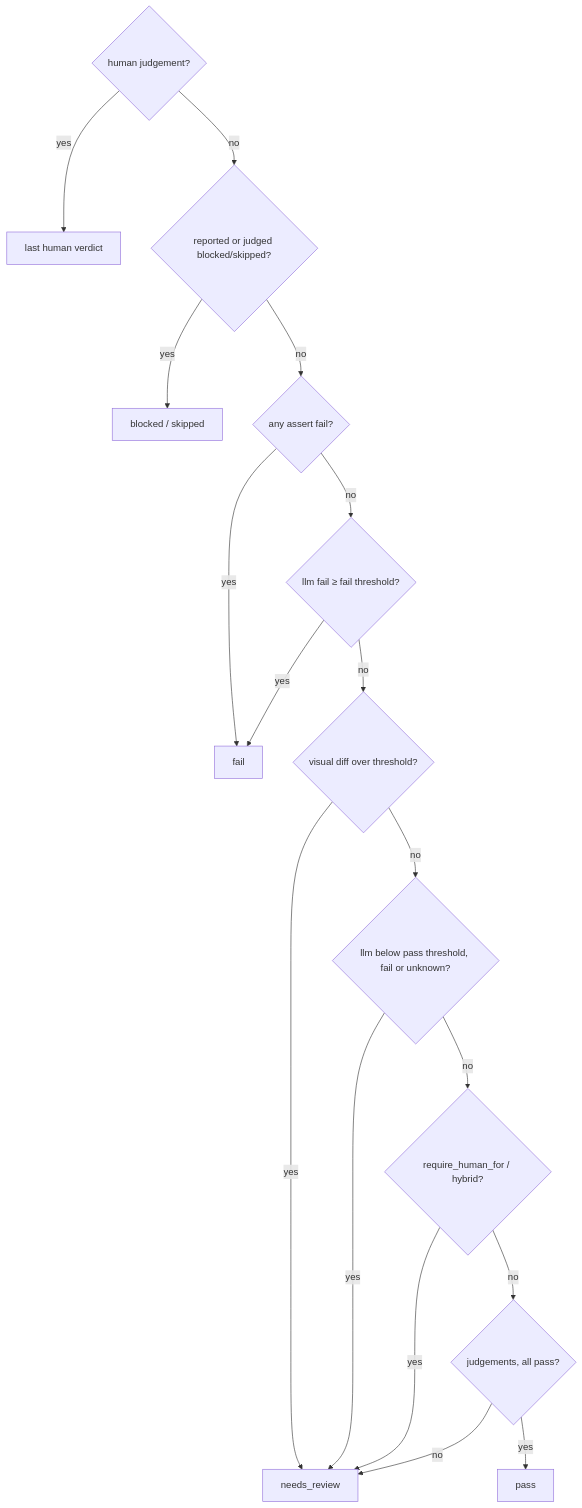
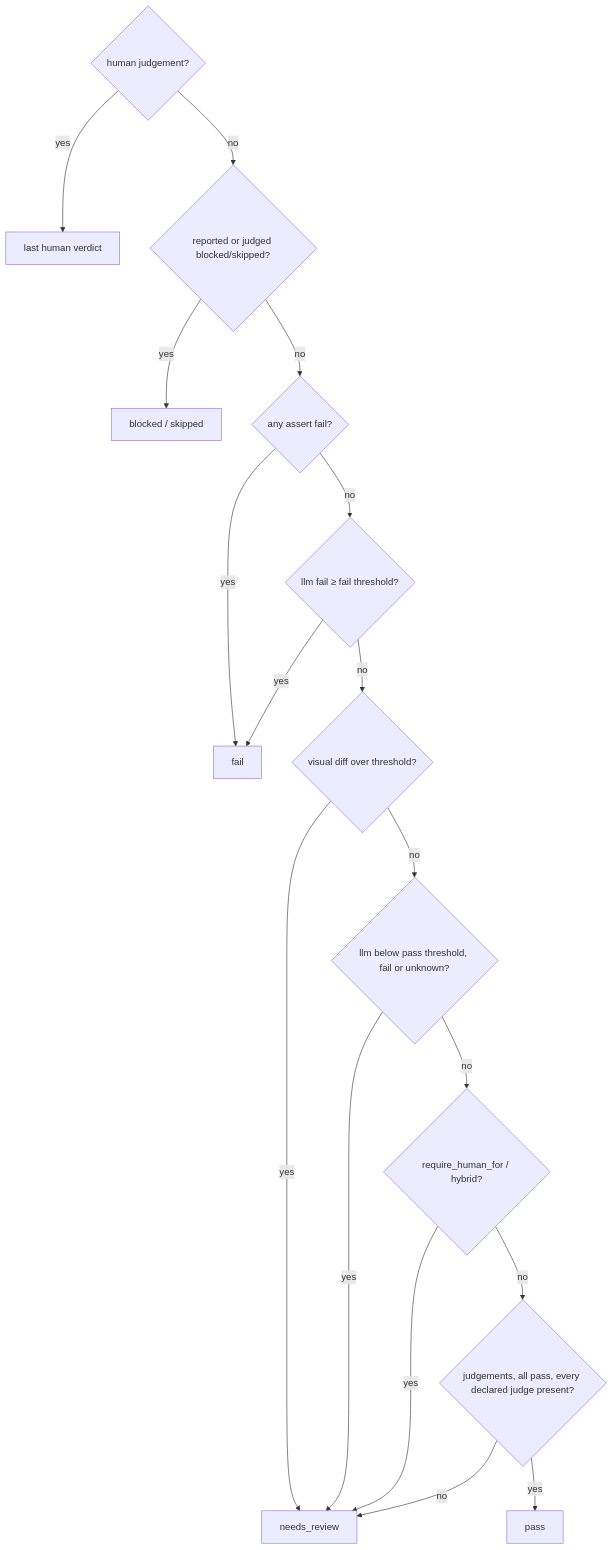
Before and after one commit to INDXDev/indx-watch: the second of 3 diagrams in docs/spec/concepts.md, drawn with Mermaid. The commit also changed other lines of this file and 18 other files, not shown here.

````diff
--- a/docs/spec/concepts.md
+++ b/docs/spec/concepts.md
@@ -130,12 +131,12 @@
 ```mermaid
 flowchart TD
   A{human judgement?} -- yes --> H[last human verdict]
   A -- no --> B{reported or judged blocked/skipped?} -- yes --> BL[blocked / skipped]
   B -- no --> C{any assert fail?} -- yes --> F[fail]
   C -- no --> D{llm fail ≥ fail threshold?} -- yes --> F
   D -- no --> E{visual diff over threshold?} -- yes --> R[needs_review]
   E -- no --> G{llm below pass threshold, fail or unknown?} -- yes --> R
   G -- no --> I{require_human_for / hybrid?} -- yes --> R
-  I -- no --> K{judgements, all pass?} -- yes --> P[pass]
+  I -- no --> K{judgements, all pass, every declared judge present?} -- yes --> P[pass]
   K -- no --> R
 ```
````
